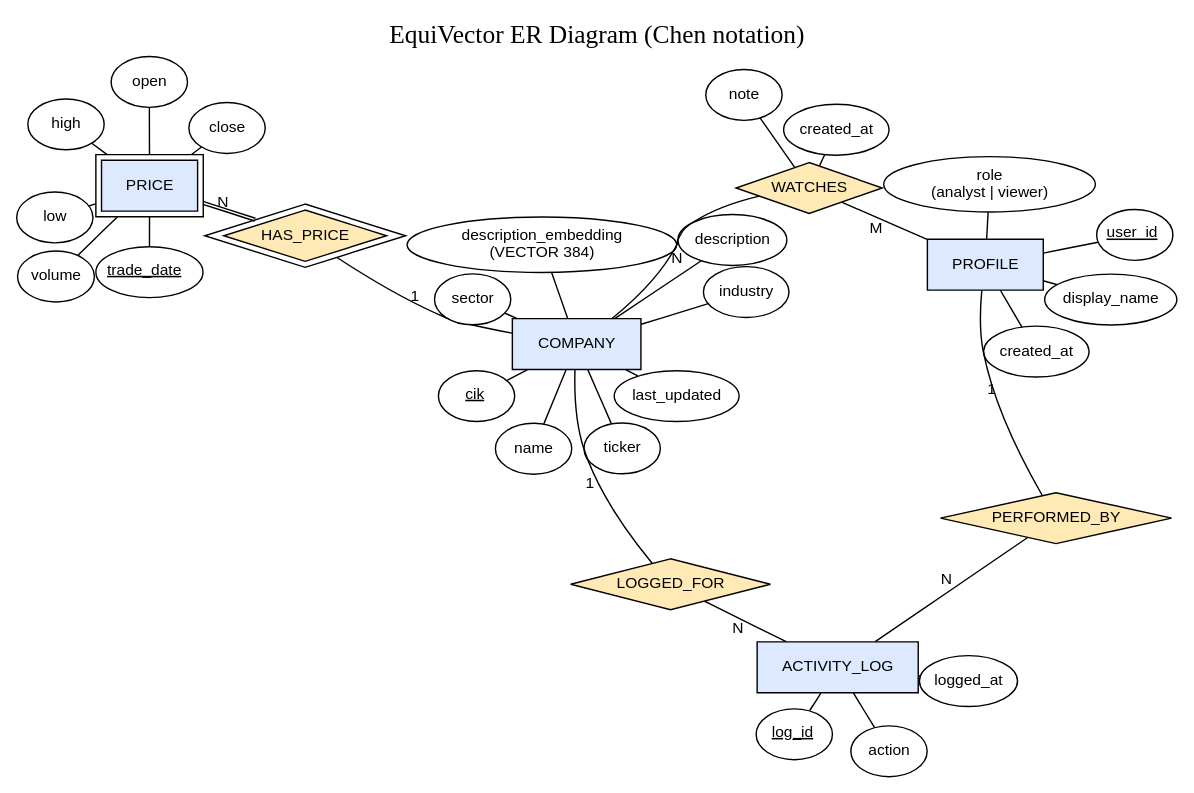
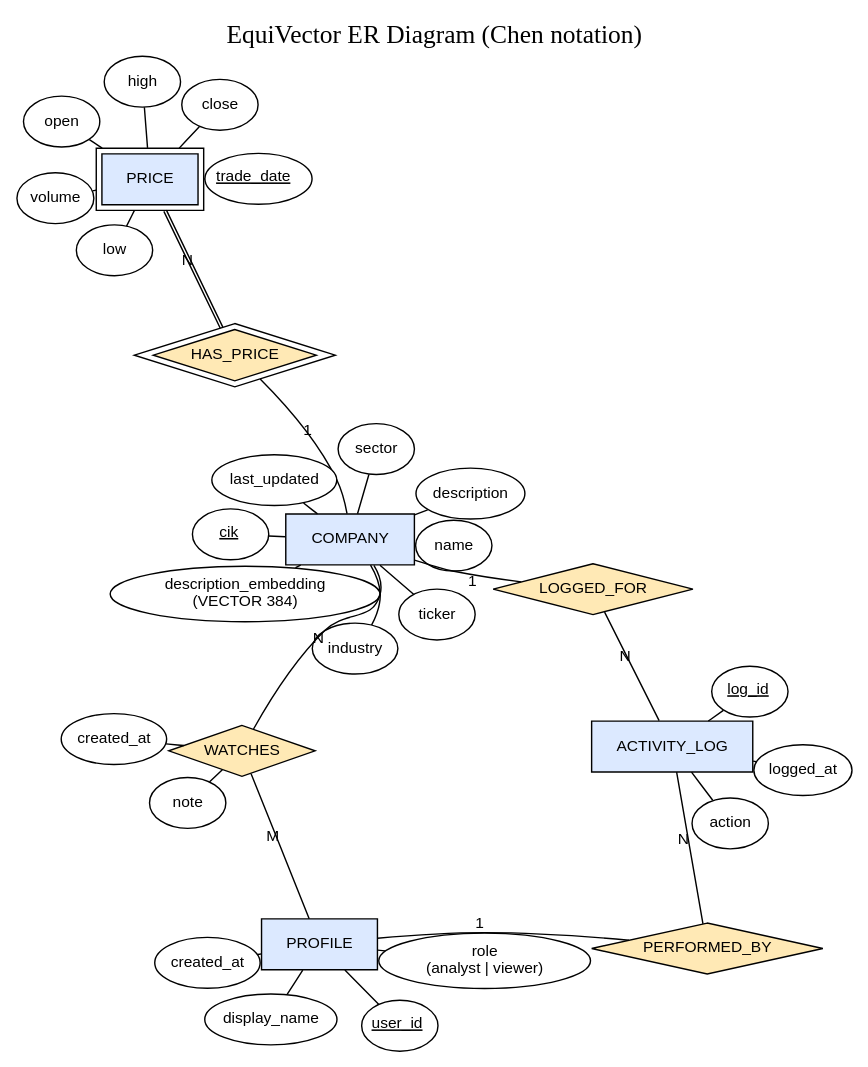
One commit to riyanakarthik/DBMS-mini-project changed the diagram in docs/er-diagram.dot. Above: the diagram before and after it, drawn with Graphviz. The commit also changed 15 other files, not shown here.

```diff
--- a/docs/er-diagram.dot
+++ b/docs/er-diagram.dot
@@ -1,63 +1,63 @@
 graph EquiVector_ERD {
-  layout=neato; overlap=false; splines=true; sep="+0.4";
+  layout=neato; overlap=false; splines=true; sep="+0.4"; start=3;  // start = fixed layout seed (reproducible render)
   label="EquiVector ER Diagram (Chen notation)"; labelloc=t; fontsize=18;
   node [fontname="Helvetica", fontsize=11];
   edge [fontname="Helvetica", fontsize=11, len=1.1];
 
   // Entities (double border = weak entity)
   node [shape=box, style=filled, fillcolor="#DCE9FF", margin="0.25,0.15"];
   COMPANY; PROFILE; ACTIVITY_LOG;
   PRICE [peripheries=2];
 
   // Relationships (double border = identifying)
   node [shape=diamond, style=filled, fillcolor="#FFE9B5", margin="0.05,0.05"];
   HAS_PRICE [peripheries=2];
   WATCHES; LOGGED_FOR; PERFORMED_BY;
 
   // Attributes (underline = key / partial key)
   node [shape=ellipse, style=filled, fillcolor="white", margin="0.05,0.03"];
   c_cik [label=<<U>cik</U>>];
   c_ticker [label="ticker"];
   c_name [label="name"];
   c_sector [label="sector"];
   c_industry [label="industry"];
   c_desc [label="description"];
   c_emb [label="description_embedding\n(VECTOR 384)"];
   c_upd [label="last_updated"];
 
   p_date [label=<<U>trade_date</U>>];
   p_open [label="open"];
   p_high [label="high"];
   p_low [label="low"];
   p_close [label="close"];
   p_vol [label="volume"];
 
   u_id [label=<<U>user_id</U>>];
   u_name [label="display_name"];
   u_role [label="role\n(analyst | viewer)"];
   u_created [label="created_at"];
 
   w_note [label="note"];
   w_created [label="created_at"];
 
   a_id [label=<<U>log_id</U>>];
   a_action [label="action"];
   a_time [label="logged_at"];
 
   // Attribute links
   COMPANY -- {c_cik c_ticker c_name c_sector c_industry c_desc c_emb c_upd};
   PRICE -- {p_date p_open p_high p_low p_close p_vol};
   PROFILE -- {u_id u_name u_role u_created};
   WATCHES -- {w_note w_created};
   ACTIVITY_LOG -- {a_id a_action a_time};
 
   // Relationships with cardinality (double line = total participation)
   COMPANY -- HAS_PRICE [label="1", len=2.6];
   HAS_PRICE -- PRICE [label="N", len=2.6, color="black:black"];
   PROFILE -- WATCHES [label="M", len=2.6];
   WATCHES -- COMPANY [label="N", len=2.6];
   ACTIVITY_LOG -- LOGGED_FOR [label="N", len=2.6];
   LOGGED_FOR -- COMPANY [label="1", len=2.6];
   ACTIVITY_LOG -- PERFORMED_BY [label="N", len=2.6];
   PERFORMED_BY -- PROFILE [label="1", len=2.6];
 }
```
